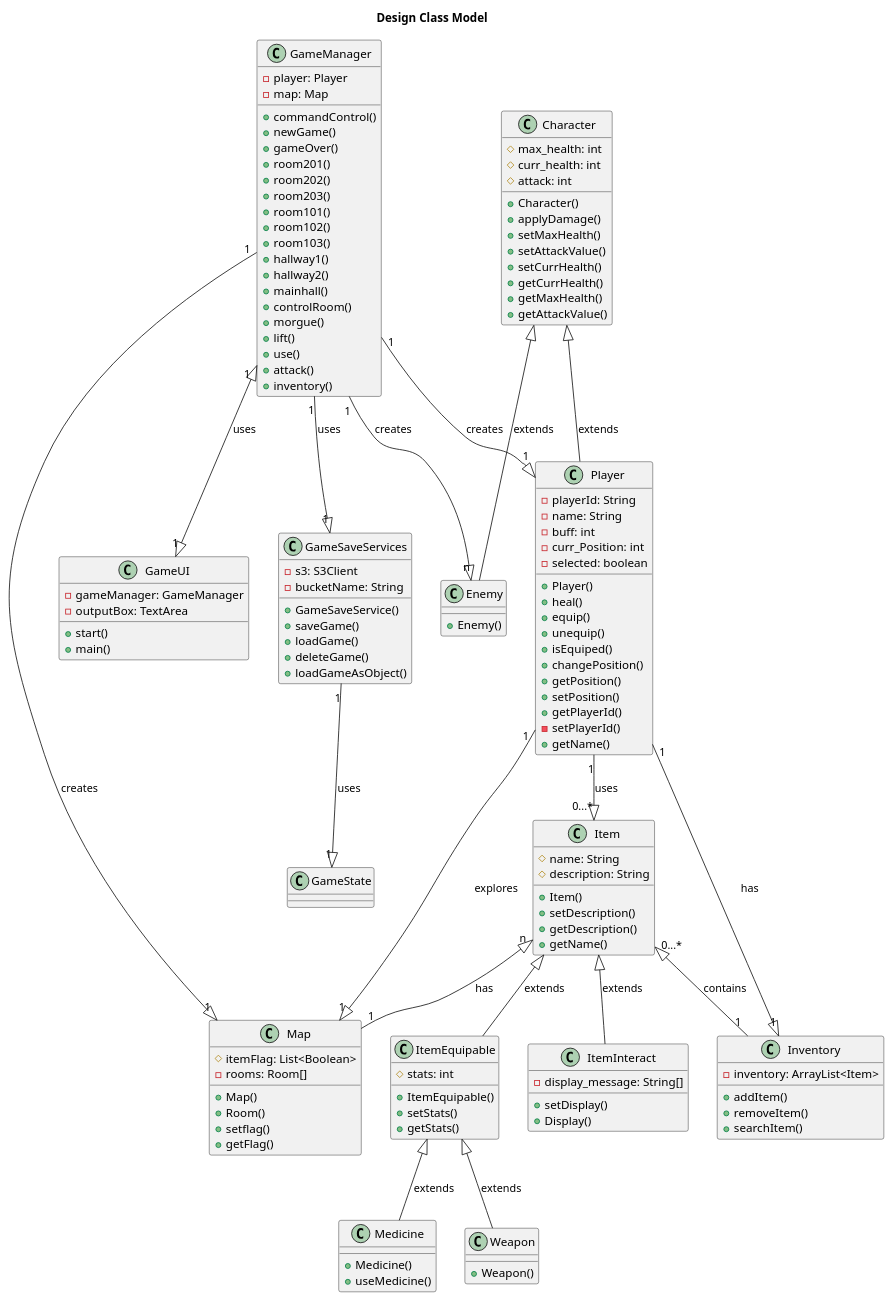
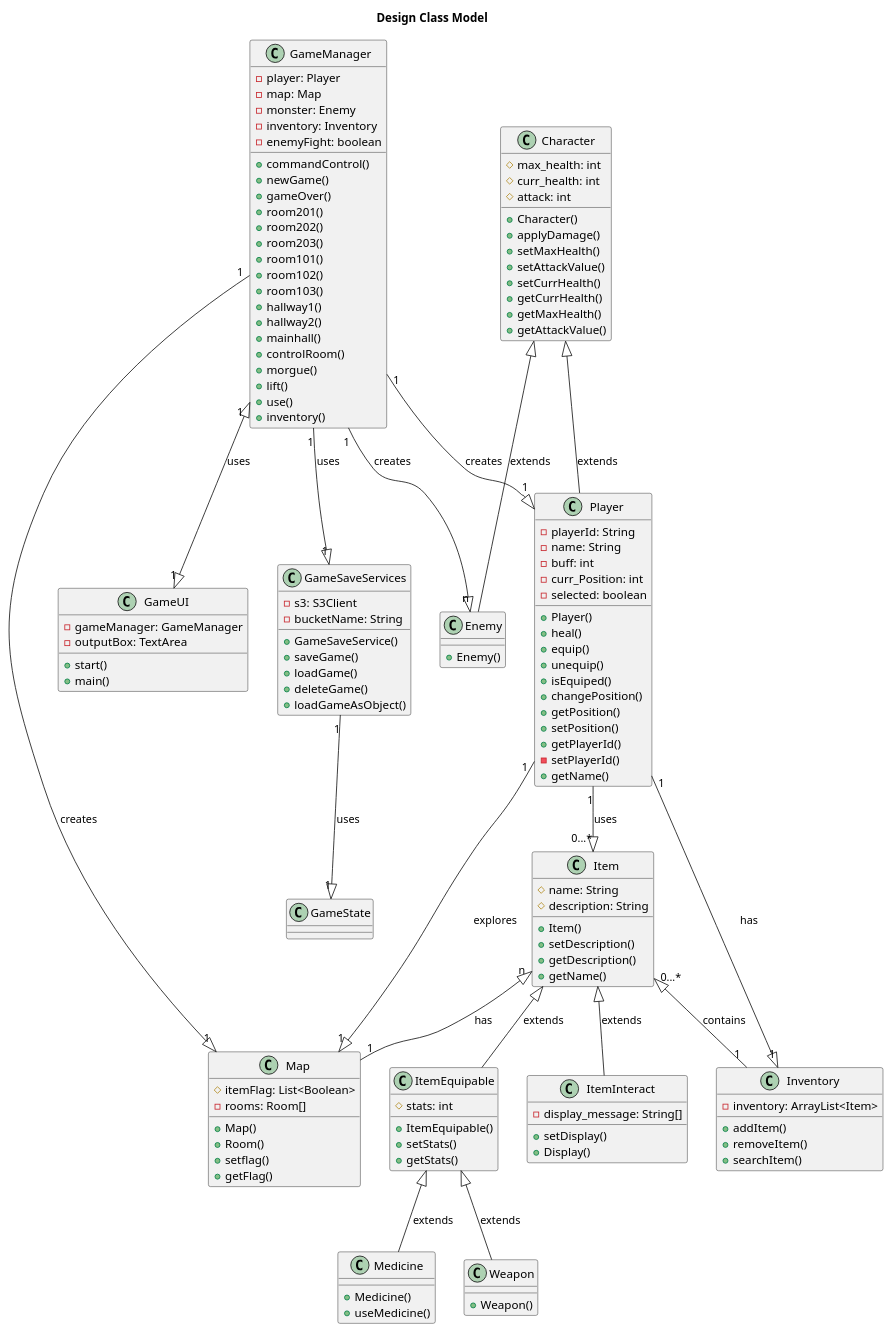
One commit to LimeiGuan/Text_Adventure_Game changed the diagram in docs/uml/DesignClassModel.plantuml. Above: the diagram before and after it, drawn with PlantUML.

```diff
--- a/docs/uml/DesignClassModel.plantuml
+++ b/docs/uml/DesignClassModel.plantuml
@@ -1,165 +1,167 @@
 @startuml DesignClassModel
 
 title Design Class Model
 
 class Character{
   #max_health: int
   #curr_health: int
   #attack: int
   
   +Character()
   +applyDamage()
   +setMaxHealth()
   +setAttackValue()
   +setCurrHealth()
   +getCurrHealth()
   +getMaxHealth()
   +getAttackValue()
 }
 
 class Player{
   -playerId: String
   -name: String
   -buff: int
   -curr_Position: int
   -selected: boolean
   
   +Player()
   +heal()
   +equip()
   +unequip()
   +isEquiped()
   +changePosition()
   +getPosition()
   +setPosition()
   +getPlayerId()
   -setPlayerId()
   +getName()
   
 }
 
 class Enemy{
   +Enemy()
 }
 
 class GameUI{
   -gameManager: GameManager
   -outputBox: TextArea
   
   +start()
   +main()
 }
 
 class GameManager{
   -player: Player
   -map: Map
+  -monster: Enemy
+  -inventory: Inventory
+  -enemyFight: boolean
   
   +commandControl()
   +newGame()
   +gameOver()
   +room201()
   +room202()
   +room203()
   +room101()
   +room102()
   +room103()
   +hallway1()
   +hallway2()
   +mainhall()
   +controlRoom()
   +morgue()
   +lift()
   +use()
-  +attack()
   +inventory()
 }
 
 class GameSaveServices{
   -s3: S3Client
   -bucketName: String
   
   +GameSaveService()
   +saveGame()
   +loadGame()
   +deleteGame()
   +loadGameAsObject()
 }
 
 class GameState{
 }
 
 class Inventory{
   -inventory: ArrayList<Item>
   
   +addItem()
   +removeItem()
   +searchItem()
 }
 
 class Item{
   #name: String
   #description: String
   
   +Item()
   +setDescription()
   +getDescription()
   +getName()
 }
 
 class ItemEquipable{
   #stats: int
   
   +ItemEquipable()
   +setStats()
   +getStats()
 }
 
 class ItemInteract{
   -display_message: String[]
   
   +setDisplay()
   +Display()
 }
 
 class Medicine{
   +Medicine()
   +useMedicine()
 }
 
 class Weapon{
   +Weapon()
 }
 
 class Map{
   #itemFlag: List<Boolean>
   -rooms: Room[]
   
   +Map()
   +Room()
   +setflag()
   +getFlag()
 }
 
 Character <|-- Player : extends
 Character <|-- Enemy : extends
 
 Item <|-- ItemEquipable : extends
 Item <|-- ItemInteract : extends
 Item"0...*" <|-- "1"Inventory : contains
 Item"n" <|-- "1"Map : has
 
 ItemEquipable <|-- Weapon: extends
 ItemEquipable <|-- Medicine: extends
 
 Player"1" --|> "0...*"Item : uses 
 Player"1" --|> "1"Inventory : has
 Player"1" --|> "1"Map : explores
 
 GameManager"1" --|> "1"Player : creates
 GameManager"1" --|> "n"Enemy : creates
 GameManager"1" <|--|> "1"GameUI : uses
 GameManager"1" --|> "1"Map : creates
 GameManager"1" --|> "1"GameSaveServices : uses
 GameSaveServices"1" --|> "1"GameState : uses
 
 @enduml
```
